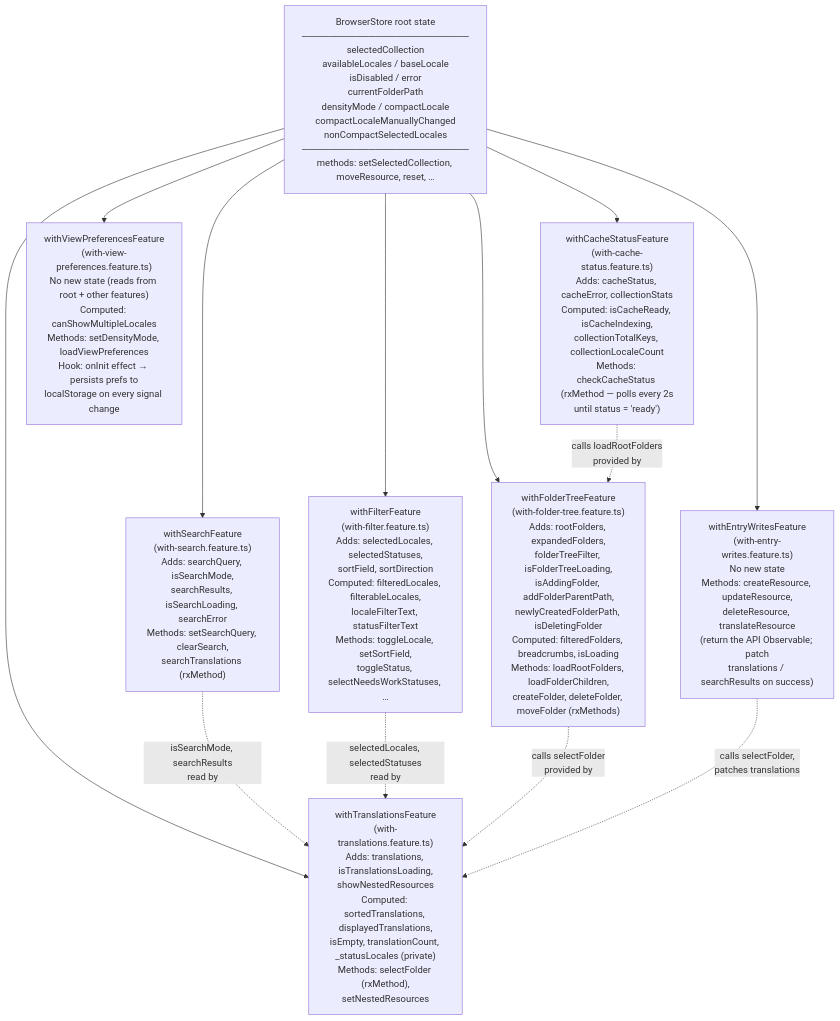
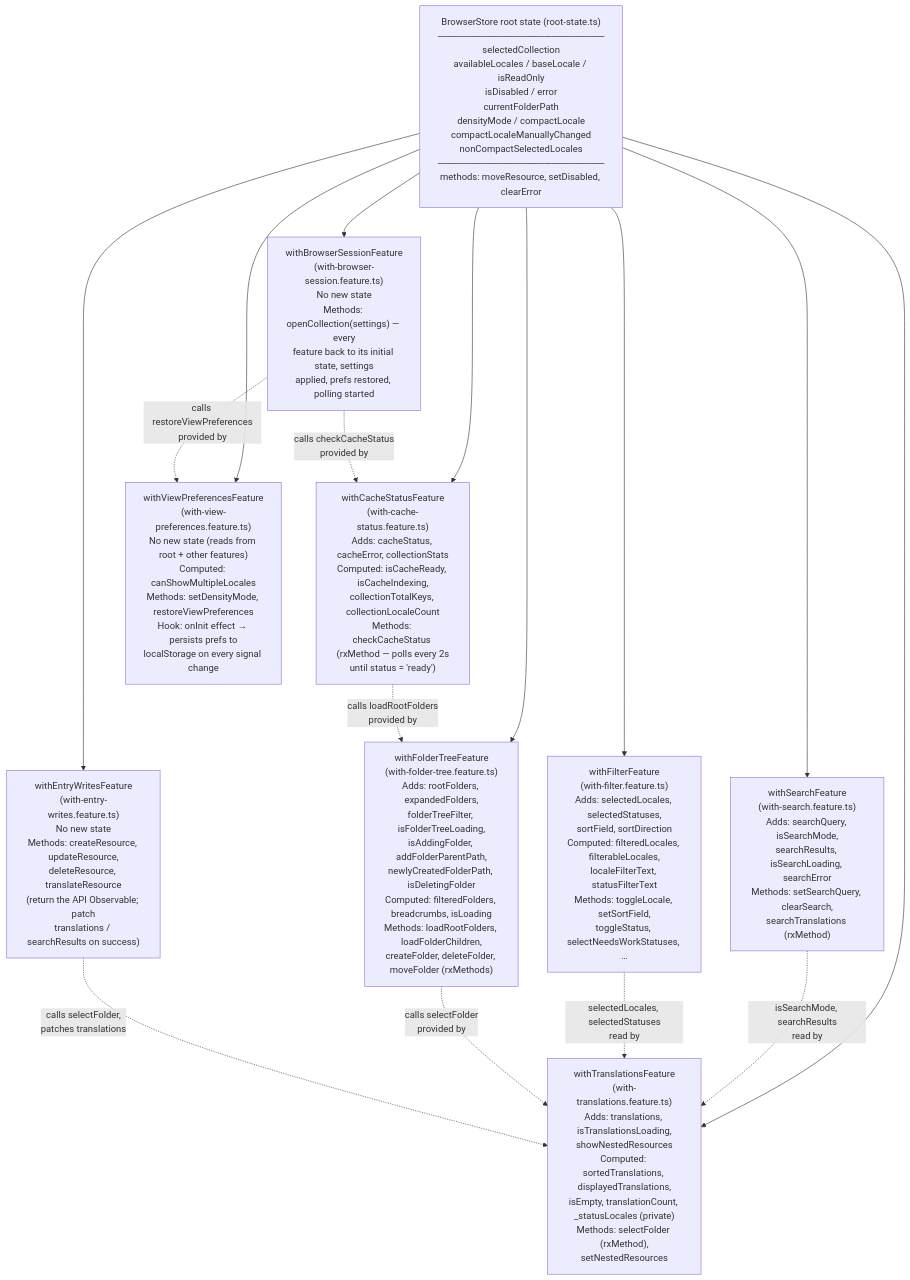
The fourth of 4 diagrams in architecture-docs/frontend.md (SimonNodel-AI/lingo-tracker), drawn with Mermaid before and after one commit. The commit also changed other lines of this file and 22 other files, not shown here.

````diff
--- a/architecture-docs/frontend.md
+++ b/architecture-docs/frontend.md
@@ -139,24 +139,28 @@
 ```mermaid
 flowchart TD
-    Root["BrowserStore root state\n─────────────────────────\nselectedCollection\navailableLocales / baseLocale\nisDisabled / error\ncurrentFolderPath\ndensityMode / compactLocale\ncompactLocaleManuallyChanged\nnonCompactSelectedLocales\n─────────────────────────\nmethods: setSelectedCollection, moveResource, reset, …"]
+    Root["BrowserStore root state (root-state.ts)\n─────────────────────────\nselectedCollection\navailableLocales / baseLocale / isReadOnly\nisDisabled / error\ncurrentFolderPath\ndensityMode / compactLocale\ncompactLocaleManuallyChanged\nnonCompactSelectedLocales\n─────────────────────────\nmethods: moveResource, setDisabled, clearError"]
 
     Root --> WS["withSearchFeature\n(with-search.feature.ts)\nAdds: searchQuery, isSearchMode,\nsearchResults, isSearchLoading, searchError\nMethods: setSearchQuery, clearSearch,\nsearchTranslations (rxMethod)"]
 
     Root --> WF["withFilterFeature\n(with-filter.feature.ts)\nAdds: selectedLocales, selectedStatuses,\nsortField, sortDirection\nComputed: filteredLocales, filterableLocales,\nlocaleFilterText, statusFilterText\nMethods: toggleLocale, setSortField,\ntoggleStatus, selectNeedsWorkStatuses, …"]
 
     Root --> WT["withTranslationsFeature\n(with-translations.feature.ts)\nAdds: translations, isTranslationsLoading,\nshowNestedResources\nComputed: sortedTranslations, displayedTranslations,\nisEmpty, translationCount, _statusLocales (private)\nMethods: selectFolder (rxMethod),\nsetNestedResources"]
 
     Root --> WEW["withEntryWritesFeature\n(with-entry-writes.feature.ts)\nNo new state\nMethods: createResource, updateResource,\ndeleteResource, translateResource\n(return the API Observable; patch\ntranslations / searchResults on success)"]
 
     Root --> WFT["withFolderTreeFeature\n(with-folder-tree.feature.ts)\nAdds: rootFolders, expandedFolders,\nfolderTreeFilter, isFolderTreeLoading,\nisAddingFolder, addFolderParentPath,\nnewlyCreatedFolderPath, isDeletingFolder\nComputed: filteredFolders, breadcrumbs, isLoading\nMethods: loadRootFolders, loadFolderChildren,\ncreateFolder, deleteFolder, moveFolder (rxMethods)"]
 
     Root --> WCS["withCacheStatusFeature\n(with-cache-status.feature.ts)\nAdds: cacheStatus, cacheError, collectionStats\nComputed: isCacheReady, isCacheIndexing,\ncollectionTotalKeys, collectionLocaleCount\nMethods: checkCacheStatus (rxMethod — polls every 2s\nuntil status = 'ready')"]
 
-    Root --> WVP["withViewPreferencesFeature\n(with-view-preferences.feature.ts)\nNo new state (reads from root + other features)\nComputed: canShowMultipleLocales\nMethods: setDensityMode, loadViewPreferences\nHook: onInit effect → persists prefs to\nlocalStorage on every signal change"]
+    Root --> WVP["withViewPreferencesFeature\n(with-view-preferences.feature.ts)\nNo new state (reads from root + other features)\nComputed: canShowMultipleLocales\nMethods: setDensityMode, restoreViewPreferences\nHook: onInit effect → persists prefs to\nlocalStorage on every signal change"]
+
+    Root --> WBS["withBrowserSessionFeature\n(with-browser-session.feature.ts)\nNo new state\nMethods: openCollection(settings) — every\nfeature back to its initial state, settings\napplied, prefs restored, polling started"]
 
     WS -.->|"isSearchMode, searchResults\nread by"| WT
+    WBS -.->|"calls restoreViewPreferences\nprovided by"| WVP
+    WBS -.->|"calls checkCacheStatus\nprovided by"| WCS
     WF -.->|"selectedLocales, selectedStatuses\nread by"| WT
     WFT -.->|"calls selectFolder\nprovided by"| WT
     WEW -.->|"calls selectFolder,\npatches translations"| WT
     WCS -.->|"calls loadRootFolders\nprovided by"| WFT
 ```
````
